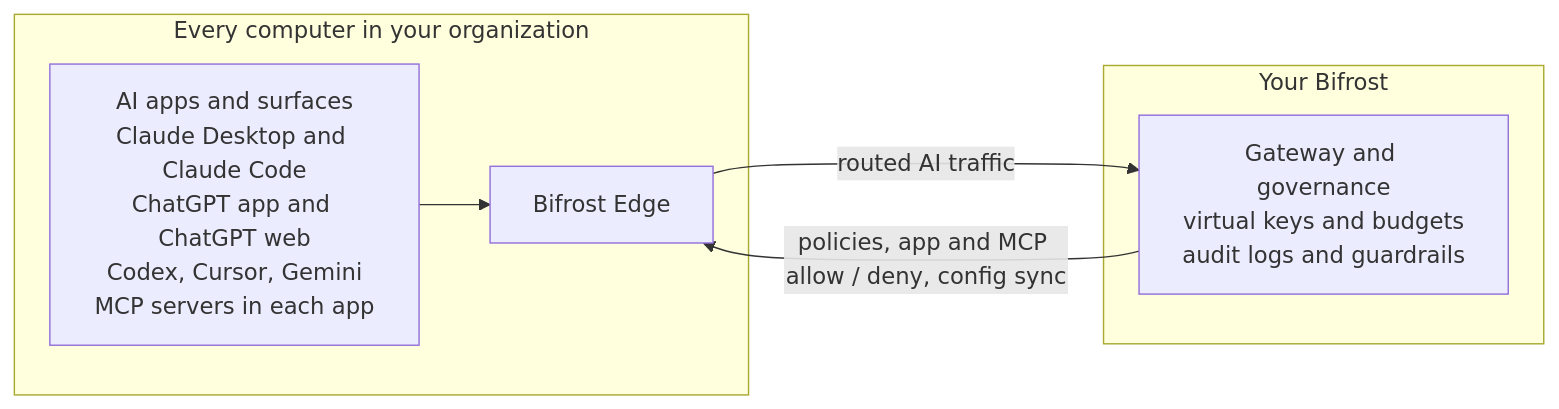
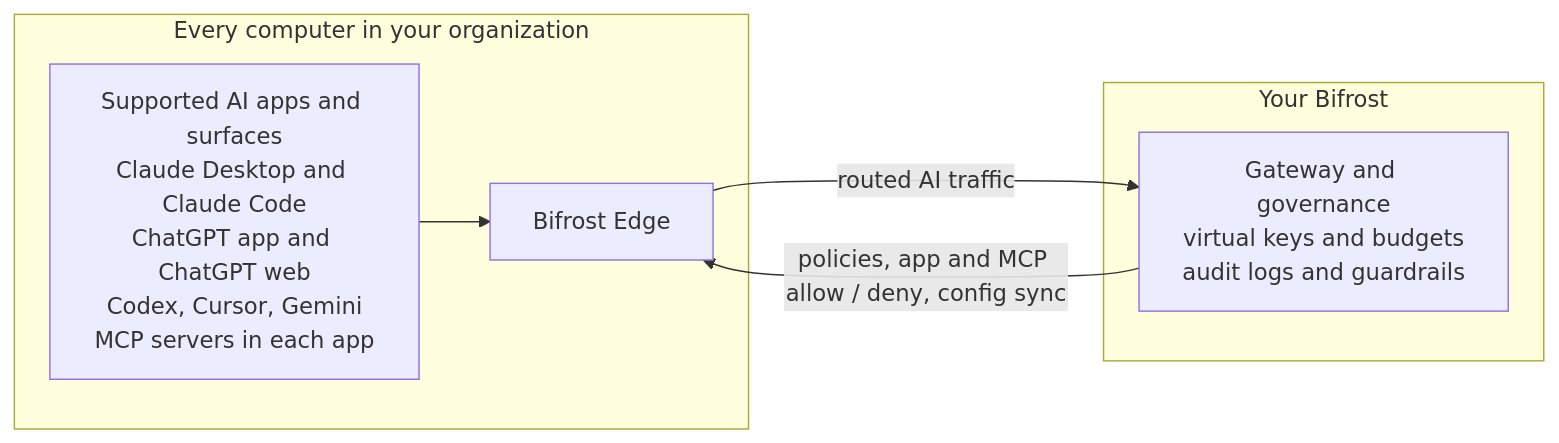
One commit to maximhq/bifrost changed the diagram in docs/edge/overview.mdx. Above: the diagram before and after it, drawn with Mermaid. The commit also changed other lines of this file and 10 other files, not shown here.

````diff
--- a/docs/edge/overview.mdx
+++ b/docs/edge/overview.mdx
@@ -19,15 +19,15 @@
 ```mermaid
 flowchart LR
     subgraph Laptop["Every computer in your organization"]
-        Apps["AI apps and surfaces<br/>Claude Desktop and Claude Code<br/>ChatGPT app and ChatGPT web<br/>Codex, Cursor, Gemini<br/>MCP servers in each app"]
+        Apps["Supported AI apps and surfaces<br/>Claude Desktop and Claude Code<br/>ChatGPT app and ChatGPT web<br/>Codex, Cursor, Gemini<br/>MCP servers in each app"]
         Edge["Bifrost Edge"]
         Apps --> Edge
     end
 
     subgraph Company["Your Bifrost"]
         GW["Gateway and governance<br/>virtual keys and budgets<br/>audit logs and guardrails"]
     end
 
     Edge -- "routed AI traffic" --> GW
     GW -- "policies, app and MCP allow / deny, config sync" --> Edge
 ```
````
